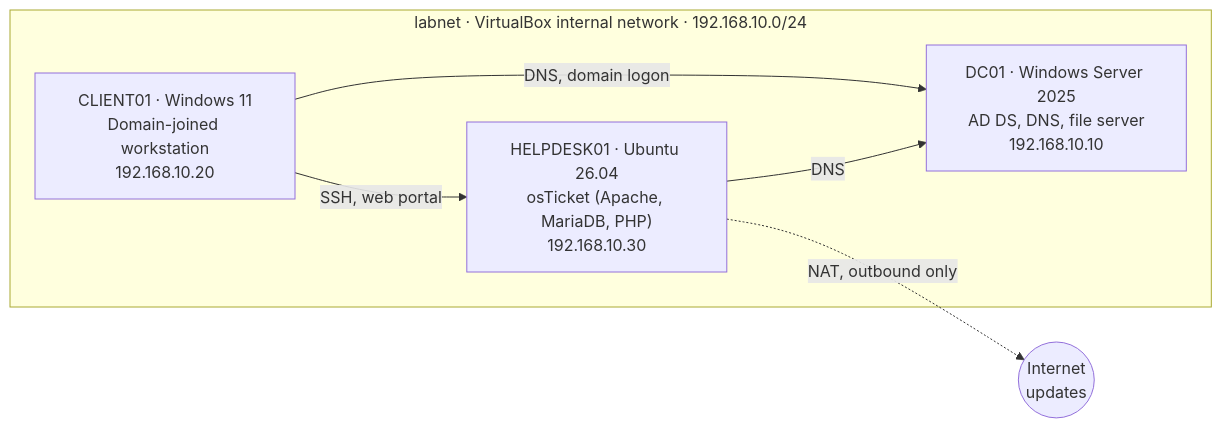
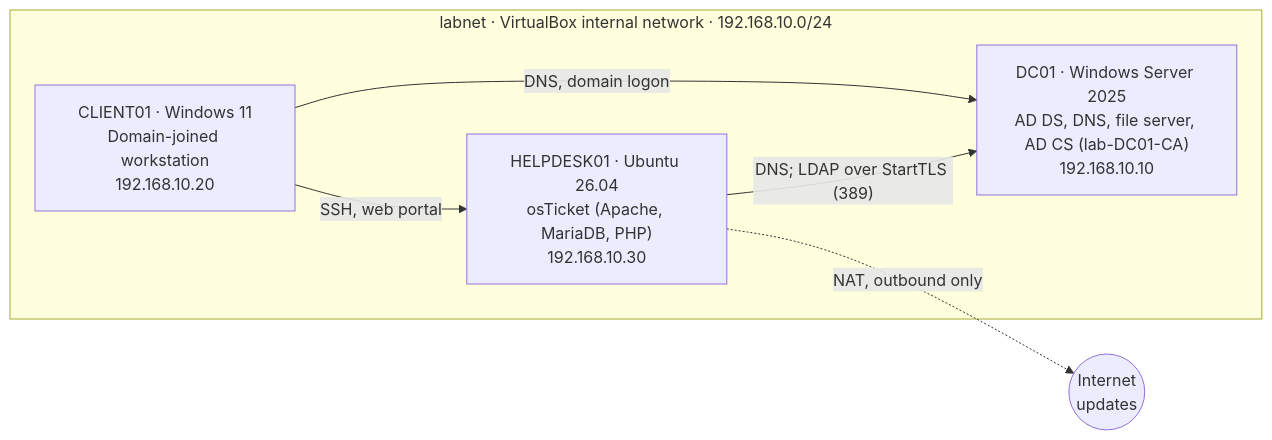
One commit to ZachryRamkissoon/ad-helpdesk-homelab changed the diagram in README.md. Above: the diagram before and after it, drawn with Mermaid. The commit also changed other lines of this file and 36 other files, not shown here.

First line of the commit message:
Phase 4: osTicket sign-in with Active Directory over LDAP/TLS

````diff
--- a/README.md
+++ b/README.md
@@ -35,12 +30,12 @@
 ```mermaid
 flowchart LR
   subgraph labnet["labnet · VirtualBox internal network · 192.168.10.0/24"]
-    DC01["DC01 · Windows Server 2025<br/>AD DS, DNS, file server<br/>192.168.10.10"]
+    DC01["DC01 · Windows Server 2025<br/>AD DS, DNS, file server, AD CS (lab-DC01-CA)<br/>192.168.10.10"]
     CLIENT01["CLIENT01 · Windows 11<br/>Domain-joined workstation<br/>192.168.10.20"]
     HD["HELPDESK01 · Ubuntu 26.04<br/>osTicket (Apache, MariaDB, PHP)<br/>192.168.10.30"]
   end
   CLIENT01 -- "DNS, domain logon" --> DC01
-  HD -- "DNS" --> DC01
+  HD -- "DNS; LDAP over StartTLS (389)" --> DC01
   CLIENT01 -- "SSH, web portal" --> HD
   HD -. "NAT, outbound only" .-> NET(("Internet<br/>updates"))
 ```
````
